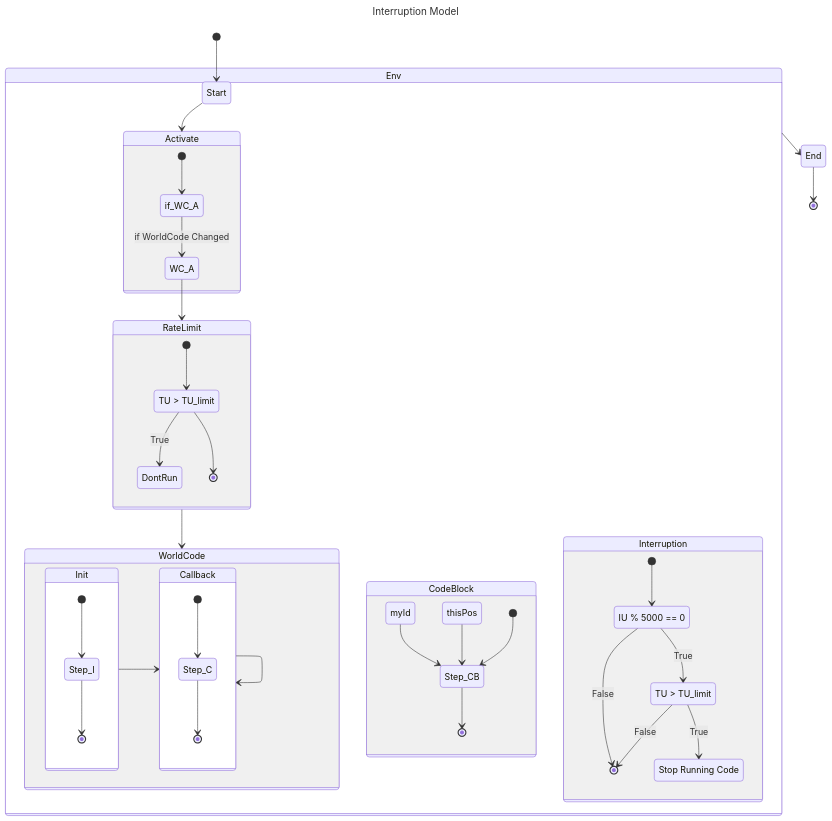
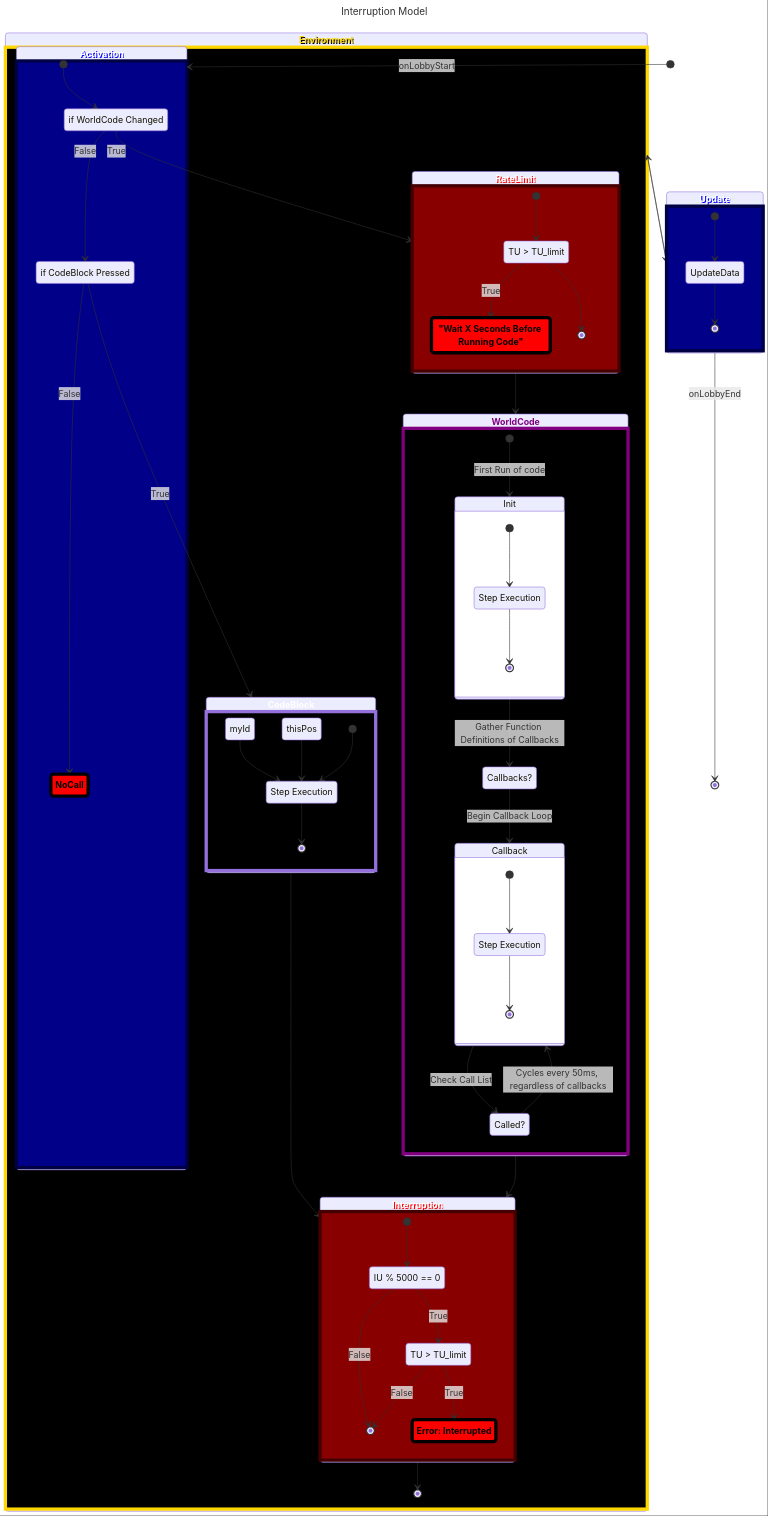
One commit to GlitchHunterCoder/GlitchHunterCoder changed the diagram in README.md. Above: the diagram before and after it, drawn with Mermaid.

````diff
--- a/README.md
+++ b/README.md
@@ -34,36 +34,64 @@
 title: Interruption Model
 ---
 stateDiagram-v2
-  [*] --> Start
-  Env --> End
-  End --> [*]
+  classDef Halt fill:#f00,color:white,font-weight:bold,stroke-width:2px,stroke:black
+  classDef WorldCodeStyle fill:#000,color:purple,font-weight:bold,stroke-width:6px,stroke:purple
+  classDef CodeBlockStyle fill:#000,color:white,font-weight:bold,stroke-width:6px,stroke:#gray
+  classDef BloxdLoadStyle fill:#008,color:white,font-weight:bold,stroke-width:6px,stroke:#004, text-shadow: 2px 2px blue
+  classDef ErrorStyle fill:#800,color:white,font-weight:bold,stroke-width:6px,stroke:#400, text-shadow: 2px 2px red
+  classDef FatalErrorStyle fill:#f00,color:black,font-weight:bold,stroke-width:6px,stroke:#000, text-shadow: 2px 2px red
+  classDef EnvStyle fill:black,color:gold,font-weight:bold,stroke-width:6px,stroke:gold, text-shadow: 2px 2px black
+
+  class WorldCode WorldCodeStyle
+  class CodeBlock CodeBlockStyle
+  class Activate, Update, Start, End BloxdLoadStyle
+  class RateLimit, Interruption ErrorStyle
+  class DontRun, StopCode, NoCall FatalErrorStyle
+  class Env EnvStyle
+
+  Env: Environment
+  Activate: Activation
+  [*] --> Activate: onLobbyStart
+  Update --> [*]: onLobbyEnd
+  Env --> Update
+  Update --> Env
+
   state Env {
-    Start --> Activate
     RateLimit --> WorldCode
+
     state Activate {
+      if_WC_A: if WorldCode Changed
+      if_CB_A: if CodeBlock Pressed
       [*] --> if_WC_A
-      if_WC_A --> WC_A: if WorldCode Changed
-      WC_A --> RateLimit
+      if_WC_A --> RateLimit: True
+      if_WC_A --> if_CB_A: False
+      if_CB_A --> CodeBlock: True
+      if_CB_A --> NoCall: False
     }
-    
+
     state CodeBlock {
       myId --> Step_CB
       thisPos --> Step_CB
+      Step_CB: Step Execution
       [*] --> Step_CB
       Step_CB --> [*]
     }
     
     state WorldCode {
-      direction LR
-      Init --> Callback
-      Callback --> Callback
+      [*] --> Init: First Run of code
+      Init --> Callbacks?: Gather Function Definitions of Callbacks
+      Callbacks? --> Callback: Begin Callback Loop
+      Callback --> Called?: Check Call List
+      Called? --> Callback: Cycles every 50ms, regardless of callbacks
       
       state Init {
+        Step_I: Step Execution
         [*] --> Step_I
         Step_I --> [*]
       }
       
       state Callback {
+        Step_C: Step Execution
         [*] --> Step_C
         Step_C --> [*]
       }
@@ -75,18 +103,25 @@
       IU --> TU: True
       TU: TU > TU_limit
       TU --> StopCode: True
-      StopCode: Stop Running Code
+      state "Error: Interrupted" as StopCode
       TU --> [*]: False
       [*]
     }
     
     state RateLimit {
-      classDef Halt fill:#f00,color:white,font-weight:bold,stroke-width:2px,stroke:black
+      DontRun: "Wait X Seconds Before Running Code"
       [*] --> RT
       RT: TU > TU_limit
       RT --> DontRun: True
-      class DontRun Halt
       RT --> [*]
     }
+
+    CodeBlock --> Interruption
+    WorldCode --> Interruption
+    Interruption --> [*]
+  }
+  state Update {
+    [*] --> UpdateData
+    UpdateData --> [*]
   }
 ```
````
